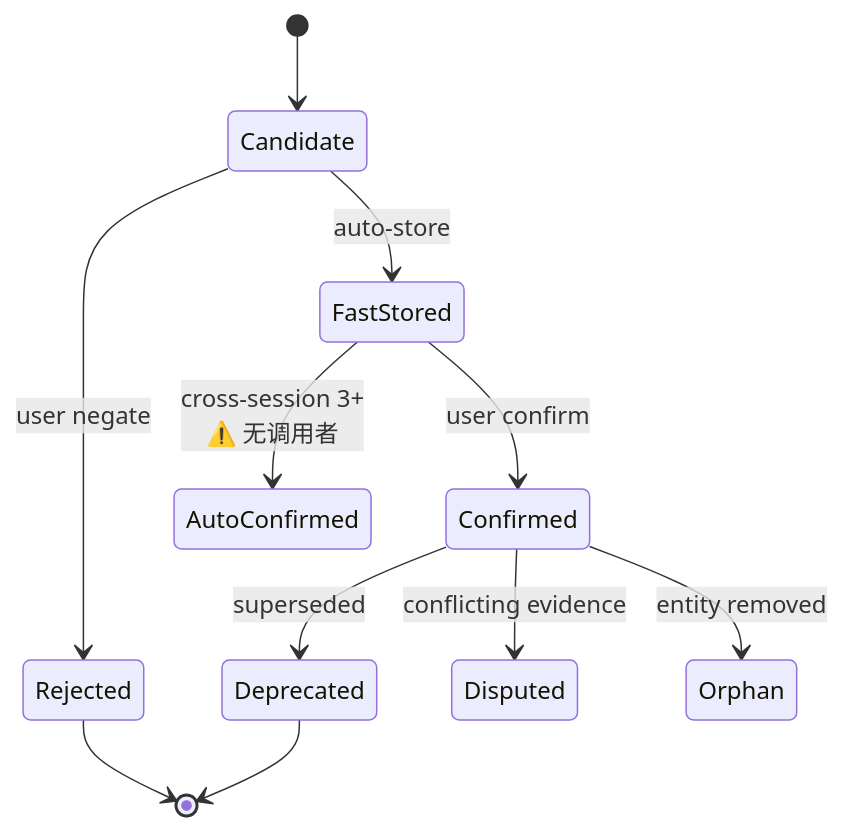
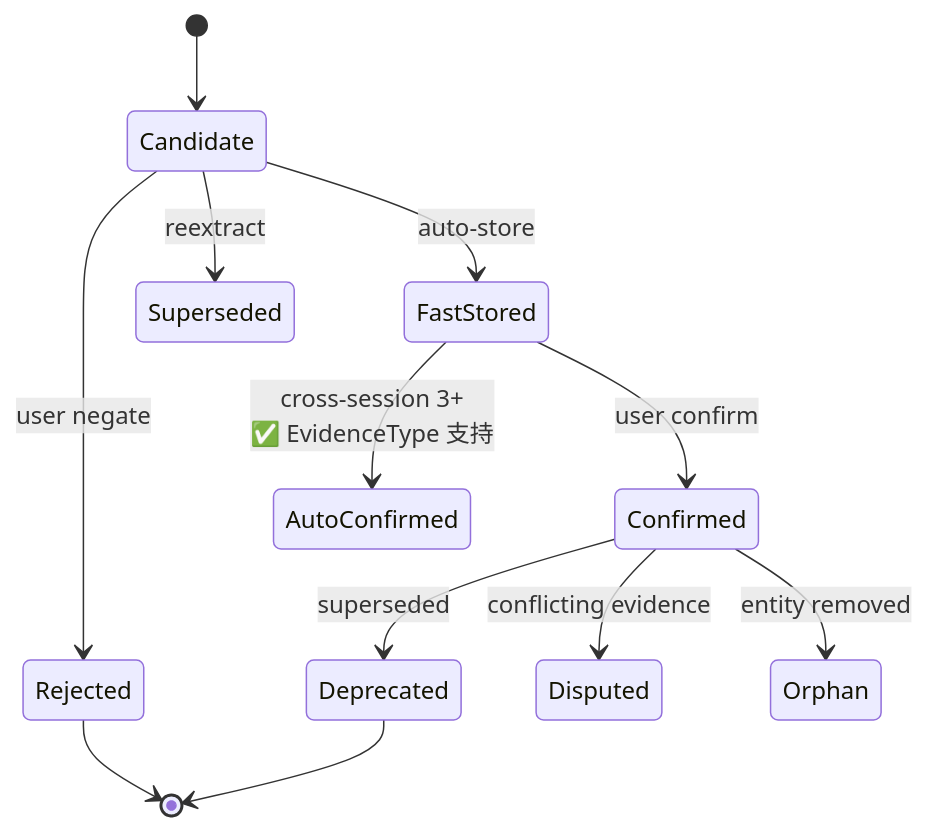
Before and after one commit to neostfox/sonny: the fourth of 6 diagrams in .ctl/spec/backend/index.md, drawn with Mermaid. The commit also changed other lines of this file and 19 other files, not shown here.

````diff
--- a/.ctl/spec/backend/index.md
+++ b/.ctl/spec/backend/index.md
@@ -112,13 +119,14 @@
 ```mermaid
 stateDiagram-v2
     [*] --> Candidate
     Candidate --> FastStored : auto-store
     FastStored --> Confirmed : user confirm
-    FastStored --> AutoConfirmed : cross-session 3+<br/>⚠️ 无调用者
+    FastStored --> AutoConfirmed : cross-session 3+<br/>✅ EvidenceType 支持
     Candidate --> Rejected : user negate
     Confirmed --> Deprecated : superseded
     Confirmed --> Disputed : conflicting evidence
     Confirmed --> Orphan : entity removed
+    Candidate --> Superseded : reextract
     Rejected --> [*]
     Deprecated --> [*]
 ```
````
